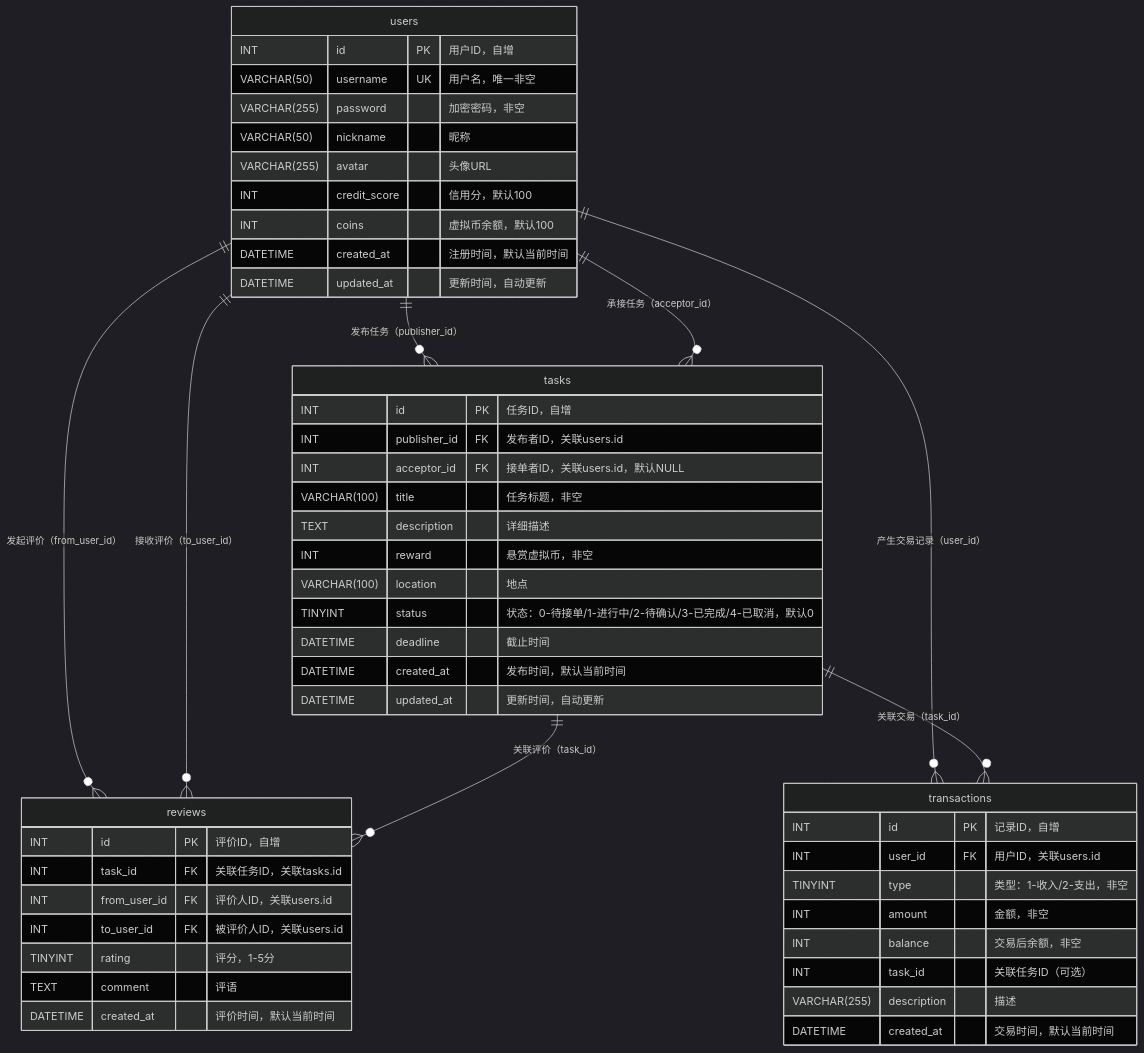
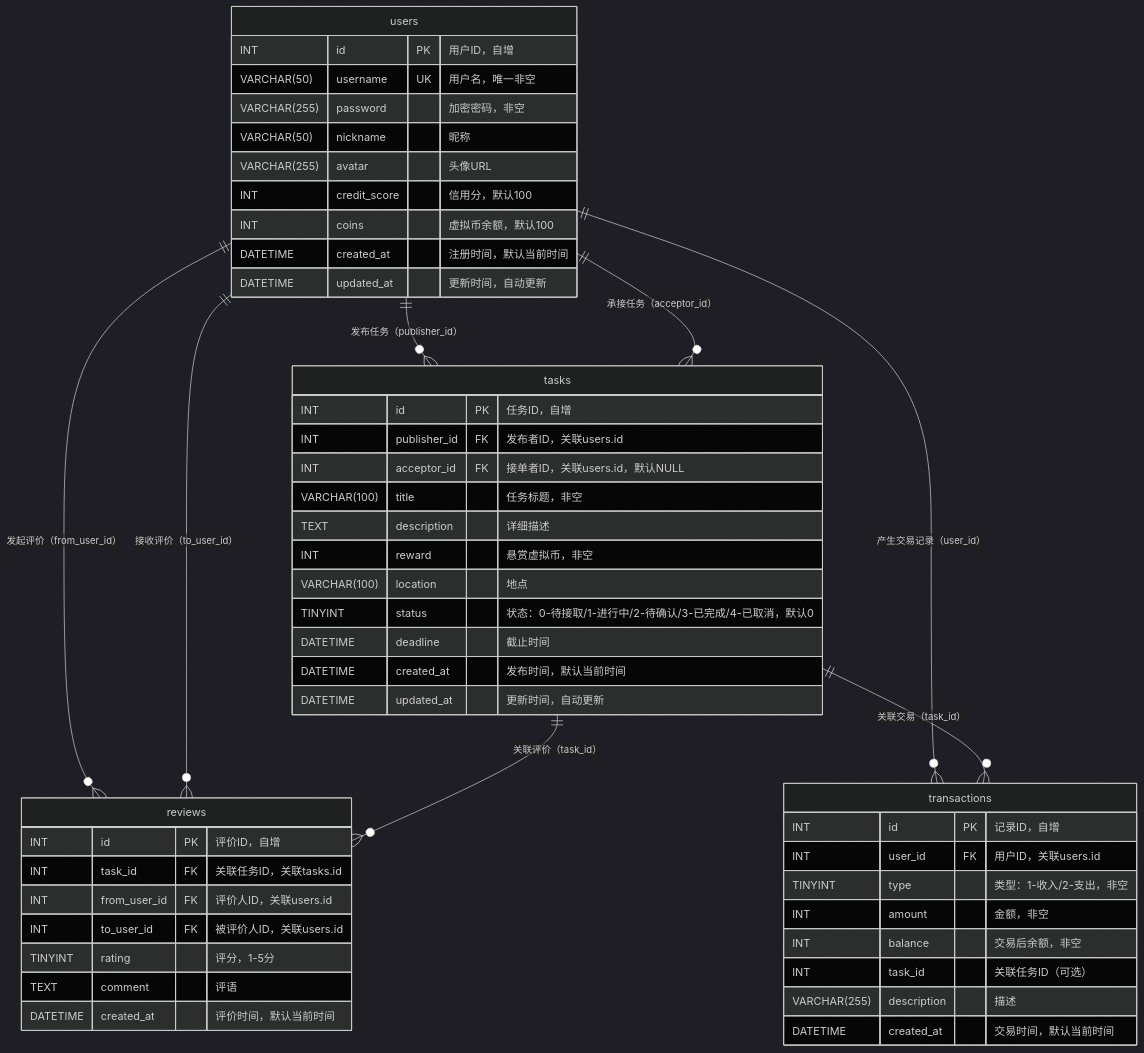
Before and after one commit to nykla23/Campus-Help: the second of 3 diagrams in docs/architecture.md, drawn with Mermaid (dark theme). The commit also changed other lines of this file and 16 other files, not shown here.

````diff
--- a/docs/architecture.md
+++ b/docs/architecture.md
@@ -123,59 +123,59 @@
 ```mermaid
 erDiagram
     %% 定义实体（表）及核心字段、约束
     users {
         INT id PK "用户ID，自增"
         VARCHAR(50) username UK "用户名，唯一非空"
         VARCHAR(255) password "加密密码，非空"
         VARCHAR(50) nickname "昵称"
         VARCHAR(255) avatar "头像URL"
         INT credit_score "信用分，默认100"
         INT coins "虚拟币余额，默认100"
         DATETIME created_at "注册时间，默认当前时间"
         DATETIME updated_at "更新时间，自动更新"
     }
 
     tasks {
         INT id PK "任务ID，自增"
         INT publisher_id FK "发布者ID，关联users.id"
         INT acceptor_id FK "接单者ID，关联users.id，默认NULL"
         VARCHAR(100) title "任务标题，非空"
         TEXT description "详细描述"
         INT reward "悬赏虚拟币，非空"
         VARCHAR(100) location "地点"
-        TINYINT status "状态：0-待接单/1-进行中/2-待确认/3-已完成/4-已取消，默认0"
+        TINYINT status "状态：0-待接取/1-进行中/2-待确认/3-已完成/4-已取消，默认0"
         DATETIME deadline "截止时间"
         DATETIME created_at "发布时间，默认当前时间"
         DATETIME updated_at "更新时间，自动更新"
     }
 
     reviews {
         INT id PK "评价ID，自增"
         INT task_id FK "关联任务ID，关联tasks.id"
         INT from_user_id FK "评价人ID，关联users.id"
         INT to_user_id FK "被评价人ID，关联users.id"
         TINYINT rating "评分，1-5分"
         TEXT comment "评语"
         DATETIME created_at "评价时间，默认当前时间"
     }
 
     transactions {
         INT id PK "记录ID，自增"
         INT user_id FK "用户ID，关联users.id"
         TINYINT type "类型：1-收入/2-支出，非空"
         INT amount "金额，非空"
         INT balance "交易后余额，非空"
         INT task_id "关联任务ID（可选）"
         VARCHAR(255) description "描述"
         DATETIME created_at "交易时间，默认当前时间"
     }
 
     %% 定义实体间关系（修正核心：移除多余的冒号，按Mermaid标准语法标注）
     users ||--o{ tasks : "发布任务（publisher_id）"
     users ||--o{ tasks : "承接任务（acceptor_id）"
     users ||--o{ reviews : "发起评价（from_user_id）"
     users ||--o{ reviews : "接收评价（to_user_id）"
     users ||--o{ transactions : "产生交易记录（user_id）"
     tasks ||--o{ reviews : "关联评价（task_id）"
     tasks ||--o{ transactions : "关联交易（task_id）"
 ```
````
